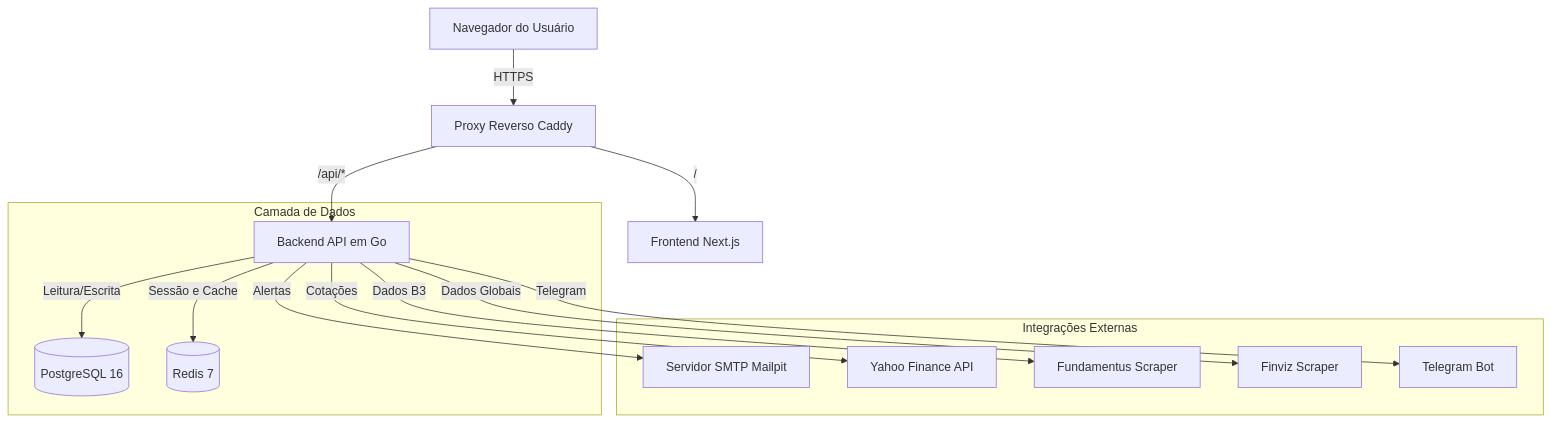
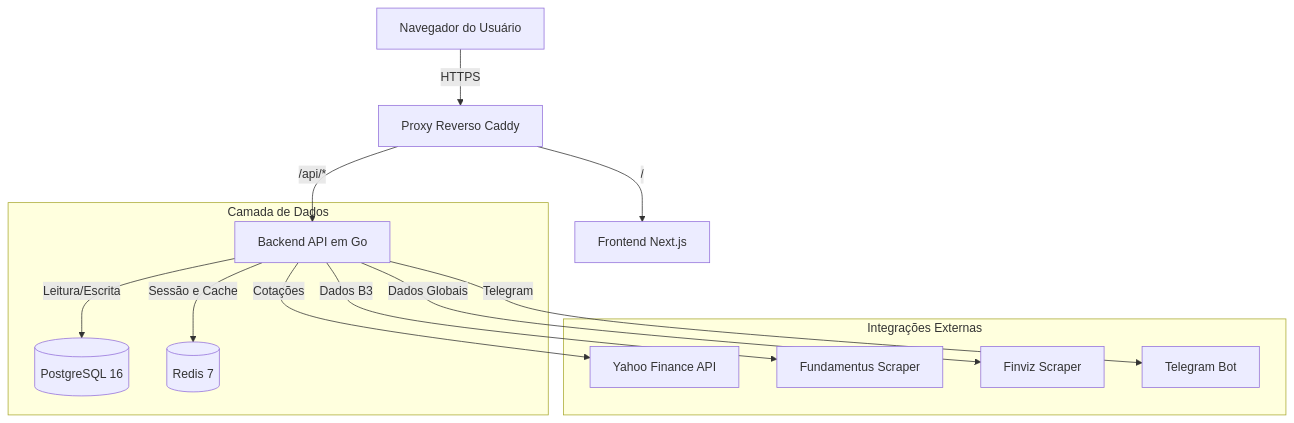
The first of 7 diagrams in README.md (enakamura3/stock-pulse), drawn with Mermaid before and after one commit. The commit also changed other lines of this file, not shown here.

````diff
--- a/README.md
+++ b/README.md
@@ -129,19 +128,18 @@
 ```mermaid
 graph TD
     Client[Navegador do Usuário] -->|HTTPS| Caddy[Proxy Reverso Caddy]
     Caddy -->|/api/*| GoAPI[Backend API em Go]
     Caddy -->|/| NextJS[Frontend Next.js]
     
     subgraph Camada de Dados
         GoAPI -->|Leitura/Escrita| PG[(PostgreSQL 16)]
         GoAPI -->|Sessão e Cache| Redis[(Redis 7)]
     end
     
     subgraph Integrações Externas
-        GoAPI -->|Alertas| Mailpit[Servidor SMTP Mailpit]
         GoAPI -->|Cotações| Yahoo[Yahoo Finance API]
         GoAPI -->|Dados B3| Fundamentus[Fundamentus Scraper]
         GoAPI -->|Dados Globais| Finviz[Finviz Scraper]
         GoAPI -->|Telegram| Telegram[Telegram Bot]
     end
 ```
````
